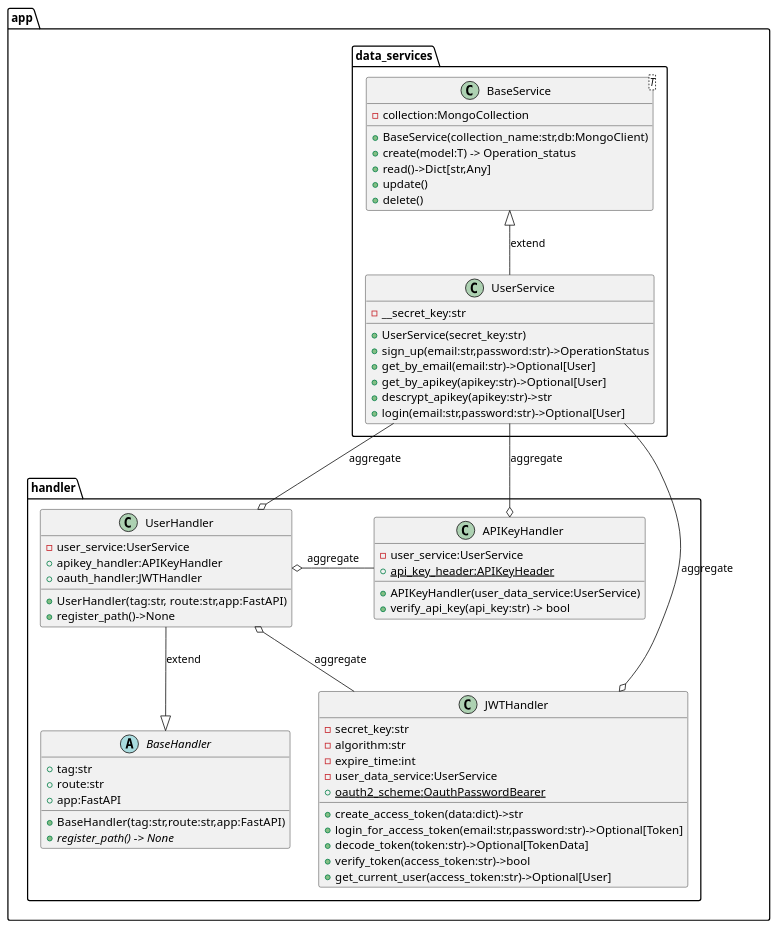
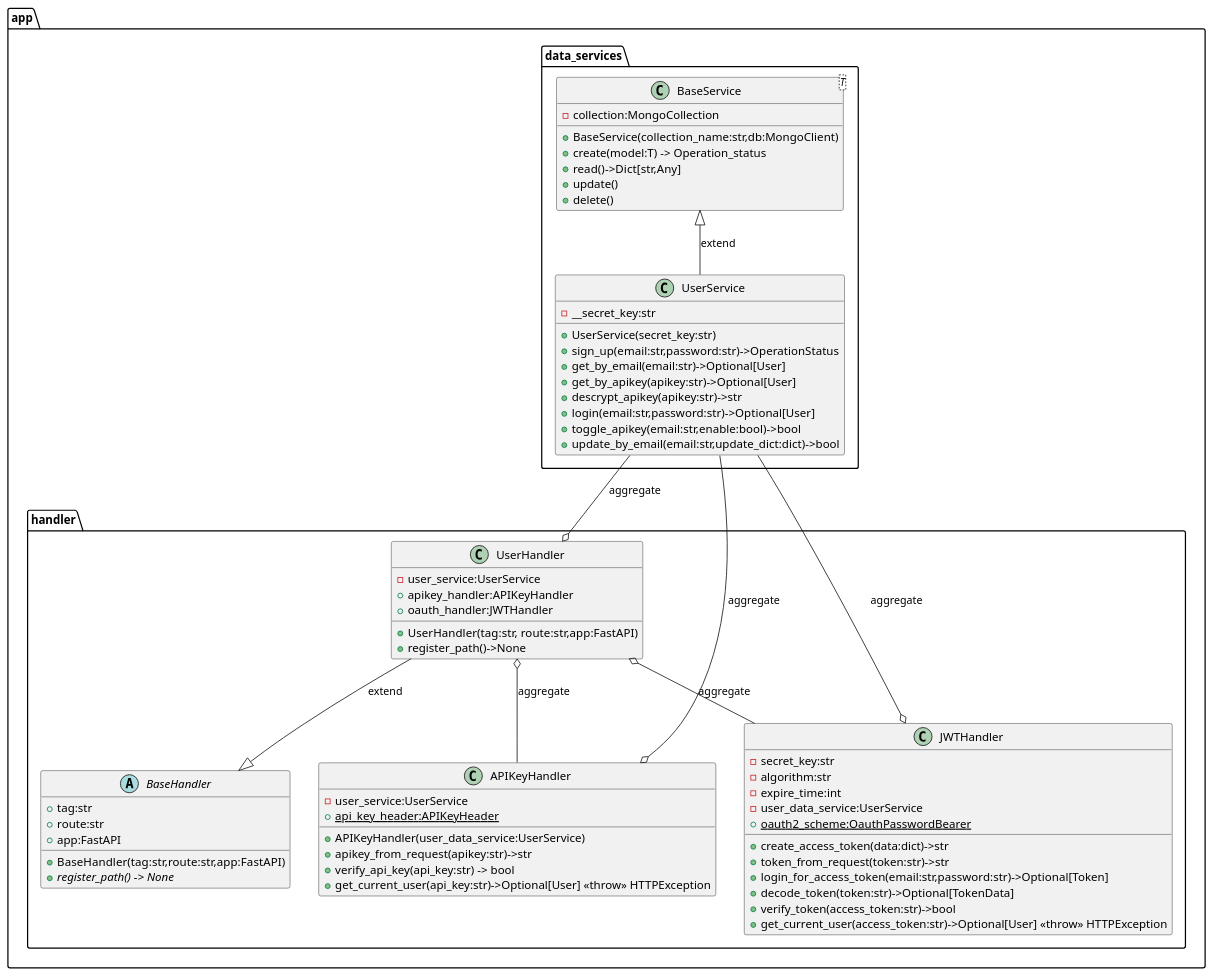
Before and after one commit to fbcharles747/Capstone_PV_API: the diagram in design.puml, drawn with PlantUML. The commit also changed 4 other files, not shown here.

Commit message:
toggle api key features

```diff
--- a/design.puml
+++ b/design.puml
@@ -1,77 +1,82 @@
 @startuml "BaseService diagram"
 
 package app.data_services{
     class BaseService <T> {
         - collection:MongoCollection
         + BaseService(collection_name:str,db:MongoClient)
         + create(model:T) -> Operation_status
         + read()->Dict[str,Any]
         + update()
         + delete()
     }
 
     class UserService{
         - __secret_key:str
         + UserService(secret_key:str)
         + sign_up(email:str,password:str)->OperationStatus
         + get_by_email(email:str)->Optional[User]
         + get_by_apikey(apikey:str)->Optional[User]
         + descrypt_apikey(apikey:str)->str
         + login(email:str,password:str)->Optional[User]
+        + toggle_apikey(email:str,enable:bool)->bool
+        + update_by_email(email:str,update_dict:dict)->bool
     }
 }
 
 
 package app.handler{
 
     abstract class BaseHandler{
         + tag:str
         + route:str
         + app:FastAPI
 
         + BaseHandler(tag:str,route:str,app:FastAPI)
         + {abstract} register_path() -> None
     }
 
     class UserHandler{
         - user_service:UserService
         + apikey_handler:APIKeyHandler
         + oauth_handler:JWTHandler
         + UserHandler(tag:str, route:str,app:FastAPI)
         + register_path()->None
     }
 
 
     class APIKeyHandler{
         - user_service:UserService
         + {static} api_key_header:APIKeyHeader 
         + APIKeyHandler(user_data_service:UserService)
+        + apikey_from_request(apikey:str)->str
         + verify_api_key(api_key:str) -> bool
+        + get_current_user(api_key:str)->Optional[User] <<throw>> HTTPException
     }
 
     class JWTHandler{
         - secret_key:str
         - algorithm:str
         - expire_time:int
         - user_data_service:UserService
         + {static} oauth2_scheme:OauthPasswordBearer
         + create_access_token(data:dict)->str
+        + token_from_request(token:str)->str
         + login_for_access_token(email:str,password:str)->Optional[Token]
         + decode_token(token:str)->Optional[TokenData]
         + verify_token(access_token:str)->bool
-        + get_current_user(access_token:str)->Optional[User]
+        + get_current_user(access_token:str)->Optional[User] <<throw>> HTTPException
 
     }
 }
 
 
 BaseService <|-- UserService: extend
 UserHandler --|> BaseHandler: extend
-UserHandler o-right- APIKeyHandler:aggregate
+UserHandler o-- APIKeyHandler:aggregate
 UserHandler o-- JWTHandler:aggregate
 UserService --o UserHandler:aggregate
 UserService --o APIKeyHandler: aggregate
 UserService --o JWTHandler:aggregate
 
 
 @enduml
```
